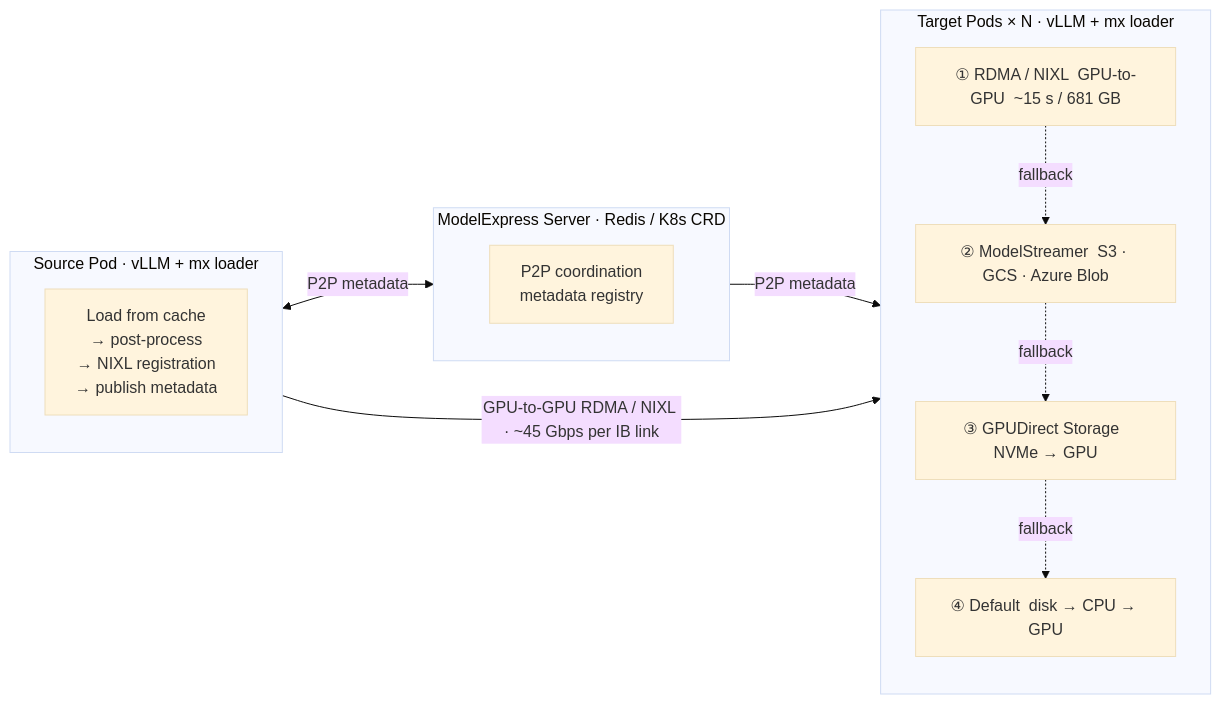
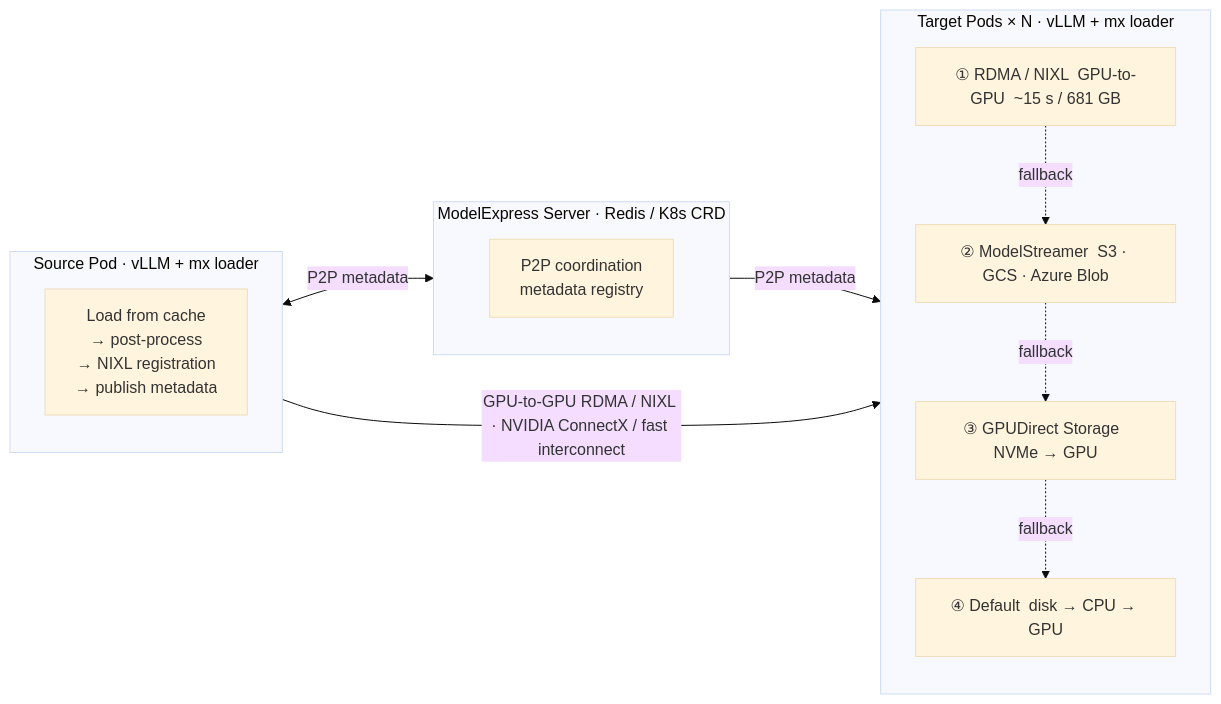
One commit to ai-dynamo/modelexpress changed the second of 2 diagrams in README.md. Above: the diagram before and after it, drawn with Mermaid (base theme).

Commit message:
docs: replace inaccurate IB bandwidth with ConnectX / fast interconnect

````diff
--- a/README.md
+++ b/README.md
@@ -131,23 +131,23 @@
 ```mermaid
 flowchart LR
     subgraph mx["ModelExpress Server · Redis / K8s CRD"]
         coord["P2P coordination\nmetadata registry"]
     end
 
     subgraph source["Source Pod · vLLM + mx loader"]
         sl["Load from cache\n→ post-process\n→ NIXL registration\n→ publish metadata"]
     end
 
     subgraph targets["Target Pods × N · vLLM + mx loader"]
         direction TB
         t1["① RDMA / NIXL  GPU-to-GPU  ~15 s / 681 GB"]
         t2["② ModelStreamer  S3 · GCS · Azure Blob"]
         t3["③ GPUDirect Storage  NVMe → GPU"]
         t4["④ Default  disk → CPU → GPU"]
         t1 -.->|fallback| t2 -.->|fallback| t3 -.->|fallback| t4
     end
 
     source <-->|"P2P metadata"| mx
     mx -->|"P2P metadata"| targets
-    source -->|"GPU-to-GPU RDMA / NIXL · ~45 Gbps per IB link"| targets
+    source -->|"GPU-to-GPU RDMA / NIXL · NVIDIA ConnectX / fast interconnect"| targets
 ```
````
